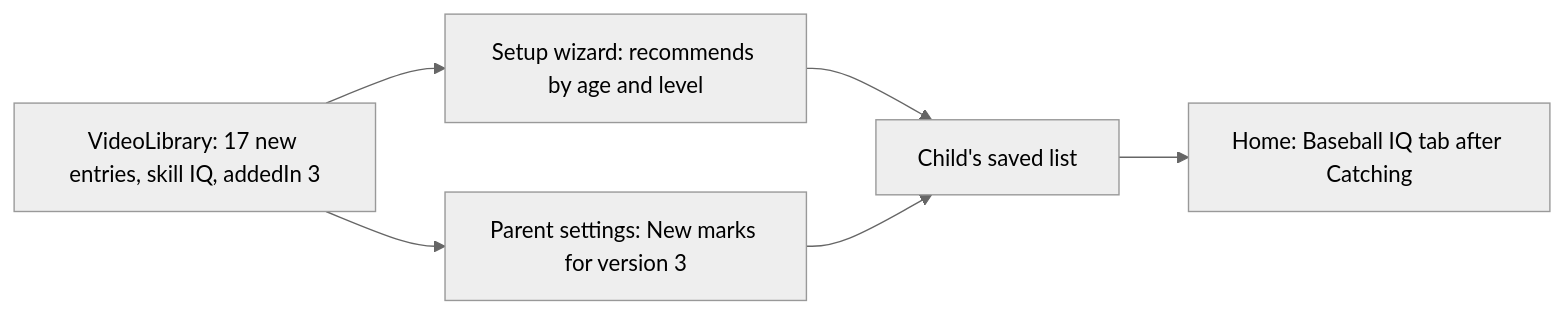
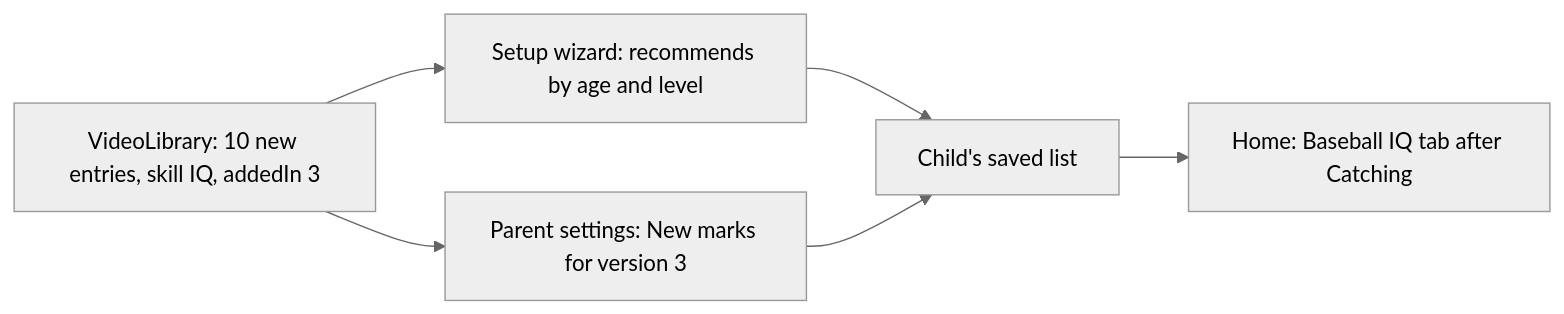
The diagram in docs/specs/0008-baseball-iq-videos/spec.md (akeffalas/tv-dugout), drawn with Mermaid (neutral theme) before and after one commit. The commit also changed other lines of this file and 1 other file, not shown here.

````diff
--- a/docs/specs/0008-baseball-iq-videos/spec.md
+++ b/docs/specs/0008-baseball-iq-videos/spec.md
@@ -84,8 +89,8 @@
 ```mermaid
 flowchart LR
-    Lib[VideoLibrary: 17 new entries, skill IQ, addedIn 3] --> Wiz[Setup wizard: recommends by age and level]
+    Lib[VideoLibrary: 10 new entries, skill IQ, addedIn 3] --> Wiz[Setup wizard: recommends by age and level]
     Lib --> PS[Parent settings: New marks for version 3]
     Wiz --> List[Child's saved list]
     PS --> List
     List --> Home[Home: Baseball IQ tab after Catching]
 ```
````
